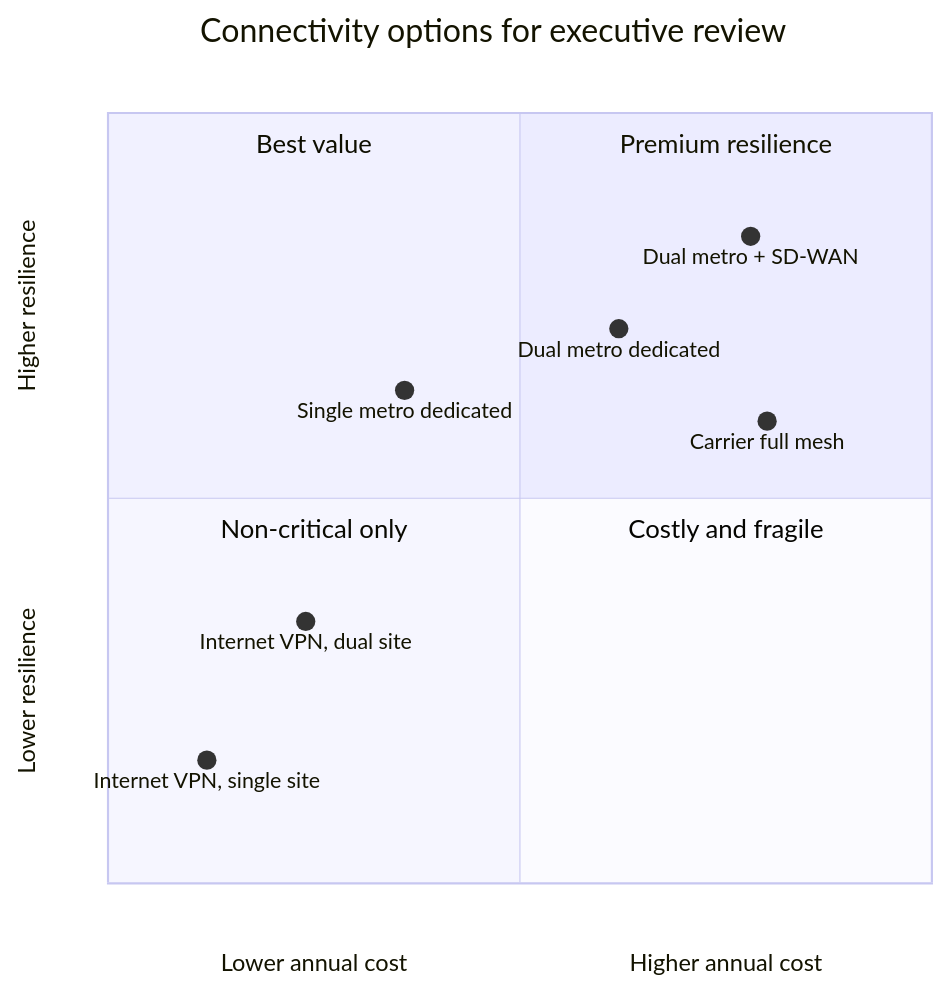
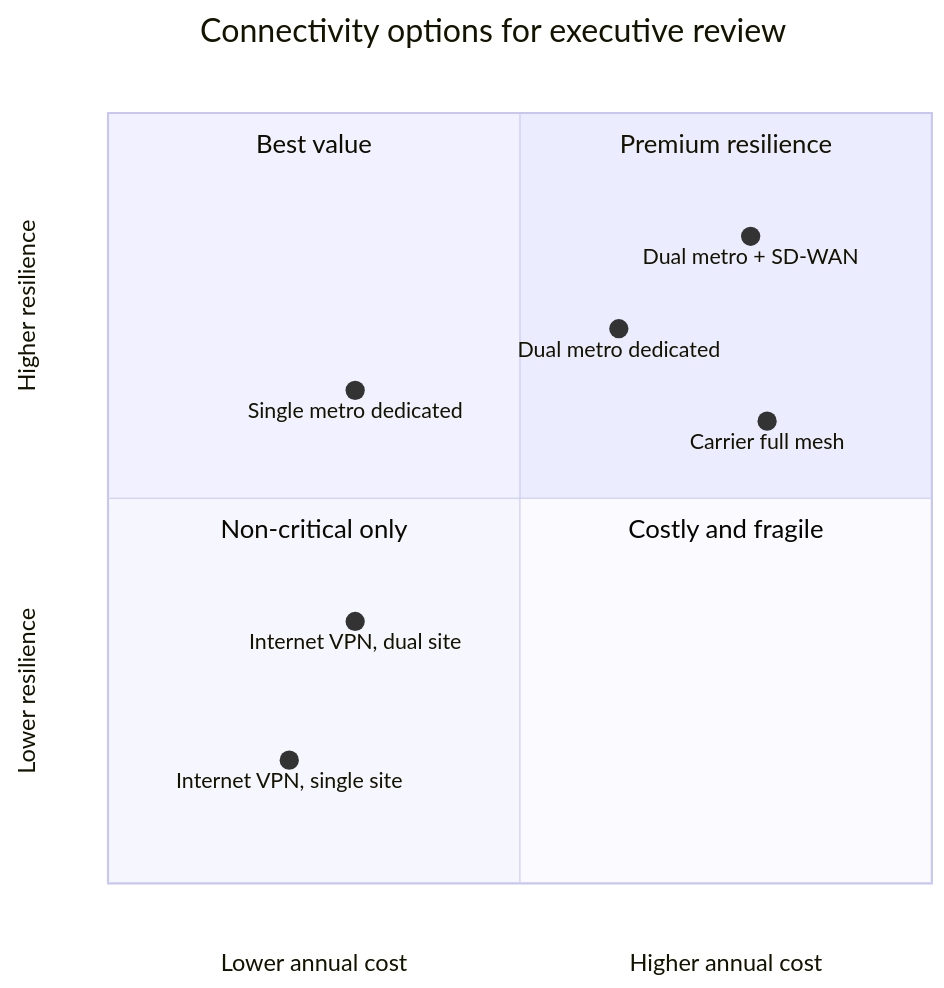
One commit to Adamson-lab/multicloud-interconnect-design changed diagram 11 of 13 in README.md. Above: the diagram before and after it, drawn with Mermaid.

Commit message:
Move quadrant points inside chart bounds

````diff
--- a/README.md
+++ b/README.md
@@ -338,17 +338,17 @@
 ```mermaid
 %%{init: {"quadrantChart": {"chartWidth": 920, "chartHeight": 920, "titleFontSize": 30, "quadrantLabelFontSize": 24, "quadrantTextTopPadding": 18, "quadrantPadding": 50, "pointLabelFontSize": 20, "pointRadius": 9, "pointTextPadding": 10, "xAxisLabelFontSize": 22, "yAxisLabelFontSize": 22, "xAxisLabelPadding": 14, "yAxisLabelPadding": 14}}}%%
 quadrantChart
   title Connectivity options for executive review
   x-axis Lower annual cost --> Higher annual cost
   y-axis Lower resilience --> Higher resilience
   quadrant-1 Premium resilience
   quadrant-2 Best value
   quadrant-3 Non-critical only
   quadrant-4 Costly and fragile
-  "Internet VPN, single site": [0.12, 0.16]
-  "Internet VPN, dual site": [0.24, 0.34]
-  "Single metro dedicated": [0.36, 0.64]
+  "Internet VPN, single site": [0.22, 0.16]
+  "Internet VPN, dual site": [0.30, 0.34]
+  "Single metro dedicated": [0.30, 0.64]
   "Dual metro dedicated": [0.62, 0.72]
   "Dual metro + SD-WAN": [0.78, 0.84]
   "Carrier full mesh": [0.80, 0.60]
 ```
````
